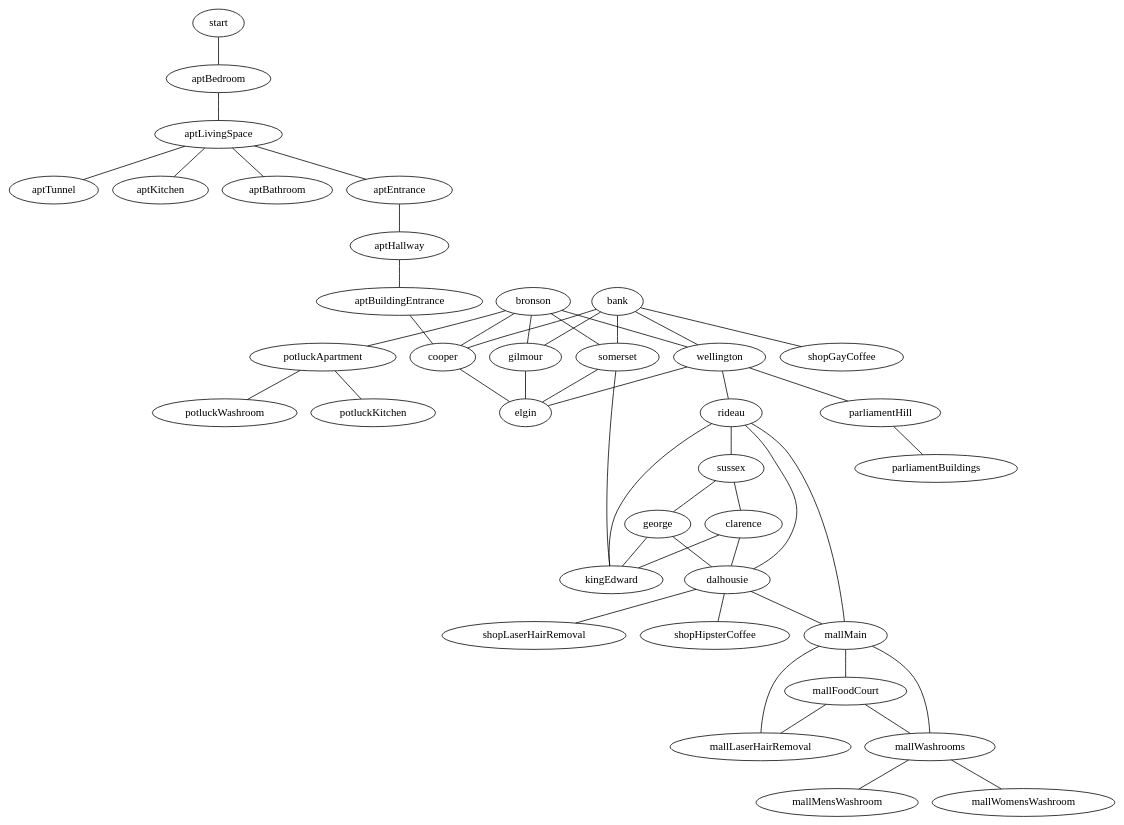
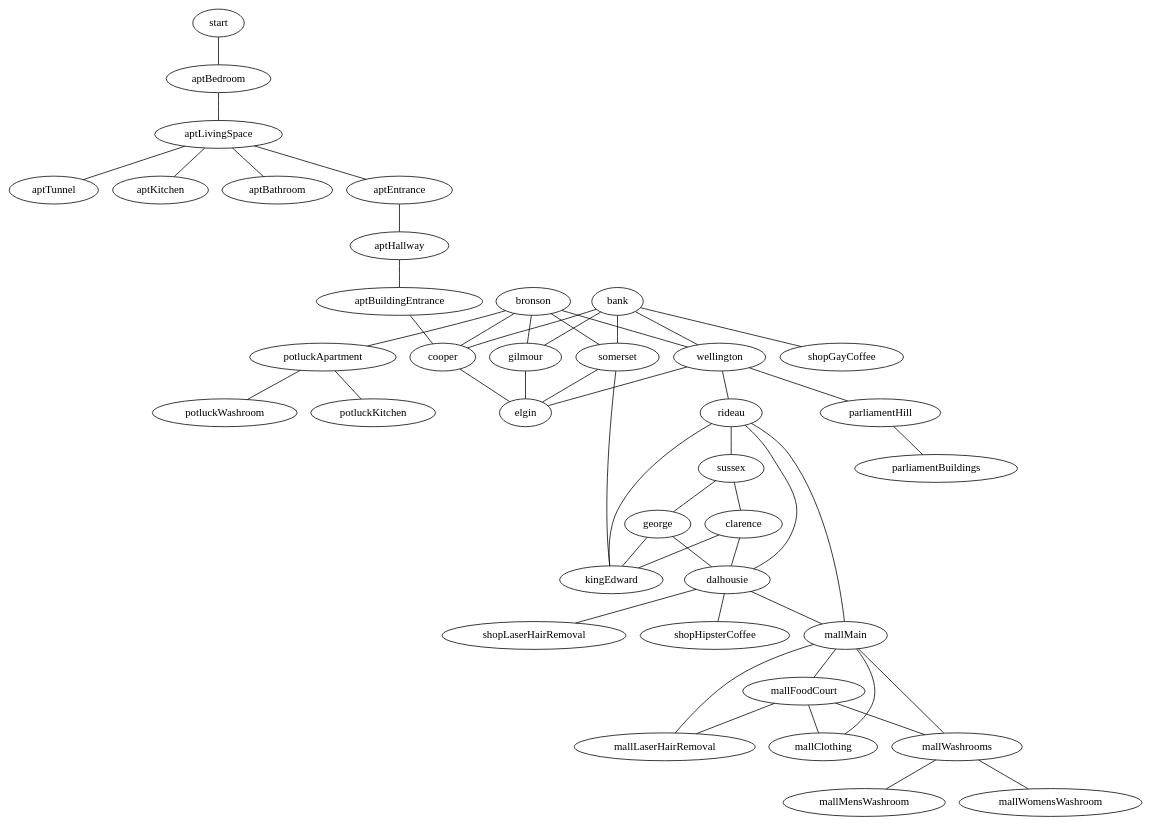
One commit to maelys-mcardle/adventure changed the diagram in examples/ottawa/entities/world/values.dot. Above: the diagram before and after it, drawn with Graphviz. The commit also changed 5 other files, not shown here.

```diff
--- a/examples/ottawa/entities/world/values.dot
+++ b/examples/ottawa/entities/world/values.dot
@@ -1,67 +1,69 @@
 graph location {
 
   start -- aptBedroom
 
   subgraph streets {
     bank -- wellington -- elgin
     bank -- cooper -- elgin
     bank -- somerset -- elgin
     bank -- gilmour -- elgin
 
     bronson -- wellington
     bronson -- cooper
     bronson -- somerset
     bronson -- gilmour   
 
     wellington -- rideau
 
     rideau -- sussex
     rideau -- dalhousie
     rideau -- kingEdward
 
     sussex -- george -- dalhousie
     sussex -- clarence -- dalhousie
     somerset -- kingEdward
     george -- kingEdward
     clarence -- kingEdward
   }
 
   subgraph apartment {
     aptBedroom -- aptLivingSpace -- aptTunnel
     aptLivingSpace -- aptKitchen
     aptLivingSpace -- aptBathroom
     aptLivingSpace -- aptEntrance -- aptHallway 
     aptHallway -- aptBuildingEntrance -- cooper
   }
 
   subgraph shops {
     bank -- shopGayCoffee
     dalhousie -- shopLaserHairRemoval
     dalhousie -- shopHipsterCoffee
   }
 
   subgraph mall {
     rideau -- mallMain 
     dalhousie -- mallMain
 
     mallMain -- mallFoodCourt
     mallMain -- mallLaserHairRemoval
+    mallMain -- mallClothing
     mallMain -- mallWashrooms
+    mallFoodCourt -- mallClothing
     mallFoodCourt -- mallLaserHairRemoval
     mallFoodCourt -- mallWashrooms
 
     mallWashrooms -- mallMensWashroom
     mallWashrooms -- mallWomensWashroom
   }
 
   subgraph potluck {
     bronson -- potluckApartment
     potluckApartment -- potluckWashroom
     potluckApartment -- potluckKitchen
   }
 
   subgraph parliament {
     wellington -- parliamentHill
     parliamentHill -- parliamentBuildings
   }
 }
```
